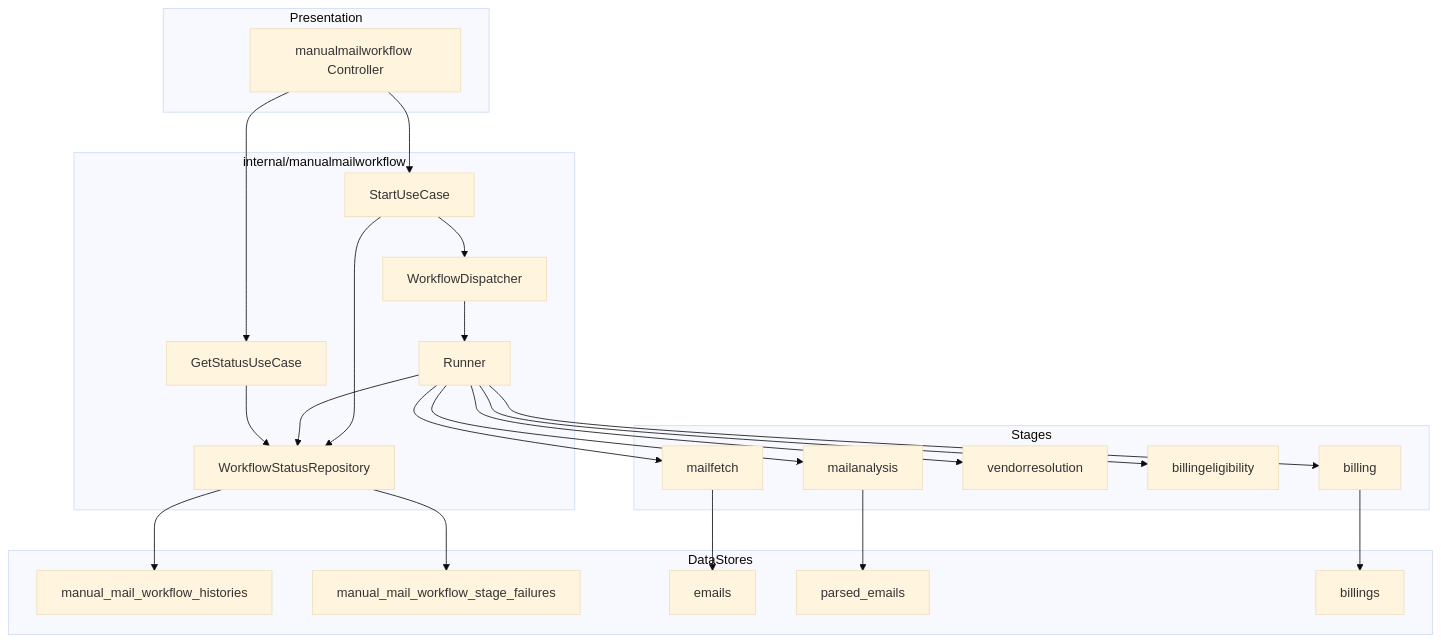
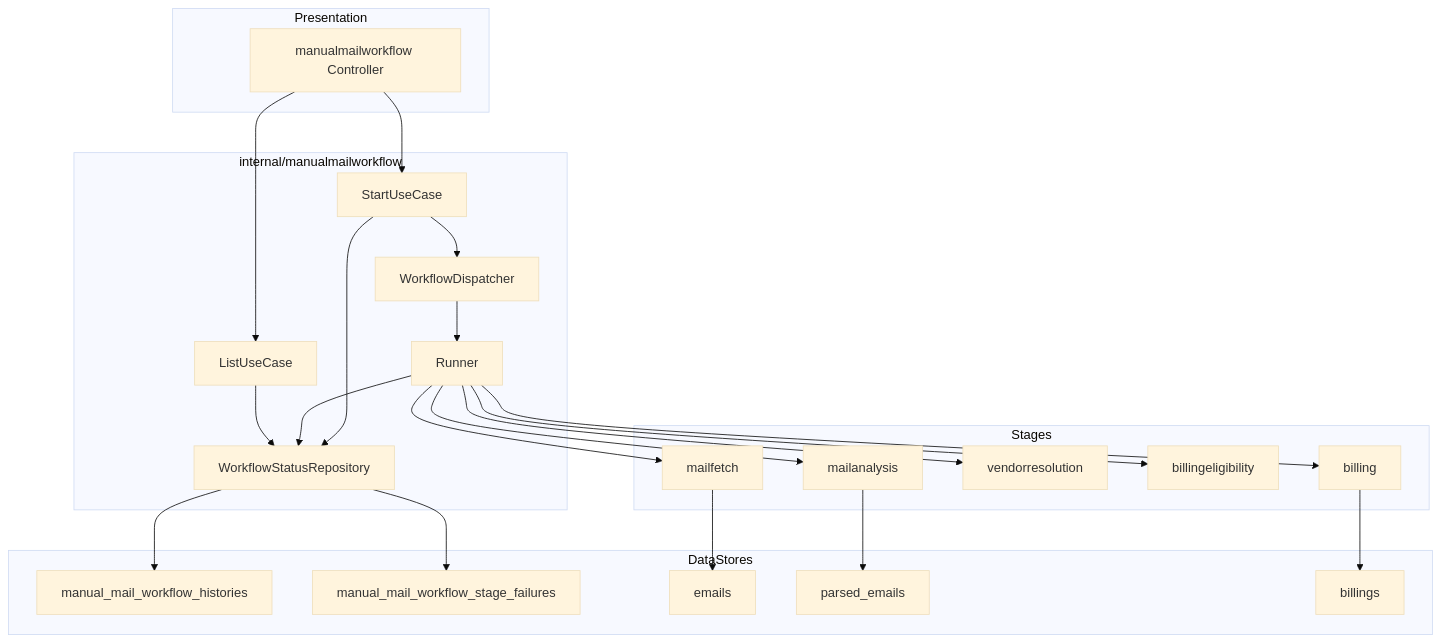
One commit to shrimptails-f/billingrse_backend changed the first of 4 diagrams in docs/spec/manualmailworkflow/basicDesign.md. Above: the diagram before and after it, drawn with Mermaid (base theme). The commit also changed other lines of this file and 3 other files, not shown here.

````diff
--- a/docs/spec/manualmailworkflow/basicDesign.md
+++ b/docs/spec/manualmailworkflow/basicDesign.md
@@ -21,48 +21,48 @@
 ```mermaid
 flowchart TB
   subgraph Presentation
     CONTROLLER[manualmailworkflow Controller]
   end
 
   subgraph Workflow["internal/manualmailworkflow"]
     START[StartUseCase]
     DISPATCHER[WorkflowDispatcher]
     RUNNER[Runner]
-    STATUS[GetStatusUseCase]
+    LIST[ListUseCase]
     REPO[WorkflowStatusRepository]
   end
 
   subgraph Stages
     FETCH[mailfetch]
     ANALYSIS[mailanalysis]
     VENDOR[vendorresolution]
     ELIGIBILITY[billingeligibility]
     BILLING[billing]
   end
 
   subgraph DataStores
     HISTORY[manual_mail_workflow_histories]
     FAILURES[manual_mail_workflow_stage_failures]
     EMAILS[emails]
     PARSED[parsed_emails]
     BILLINGS[billings]
   end
 
   CONTROLLER --> START
-  CONTROLLER --> STATUS
+  CONTROLLER --> LIST
   START --> REPO
   START --> DISPATCHER
   DISPATCHER --> RUNNER
   RUNNER --> FETCH
   RUNNER --> ANALYSIS
   RUNNER --> VENDOR
   RUNNER --> ELIGIBILITY
   RUNNER --> BILLING
   RUNNER --> REPO
-  STATUS --> REPO
+  LIST --> REPO
   FETCH --> EMAILS
   ANALYSIS --> PARSED
   BILLING --> BILLINGS
   REPO --> HISTORY
   REPO --> FAILURES
 ```
````
